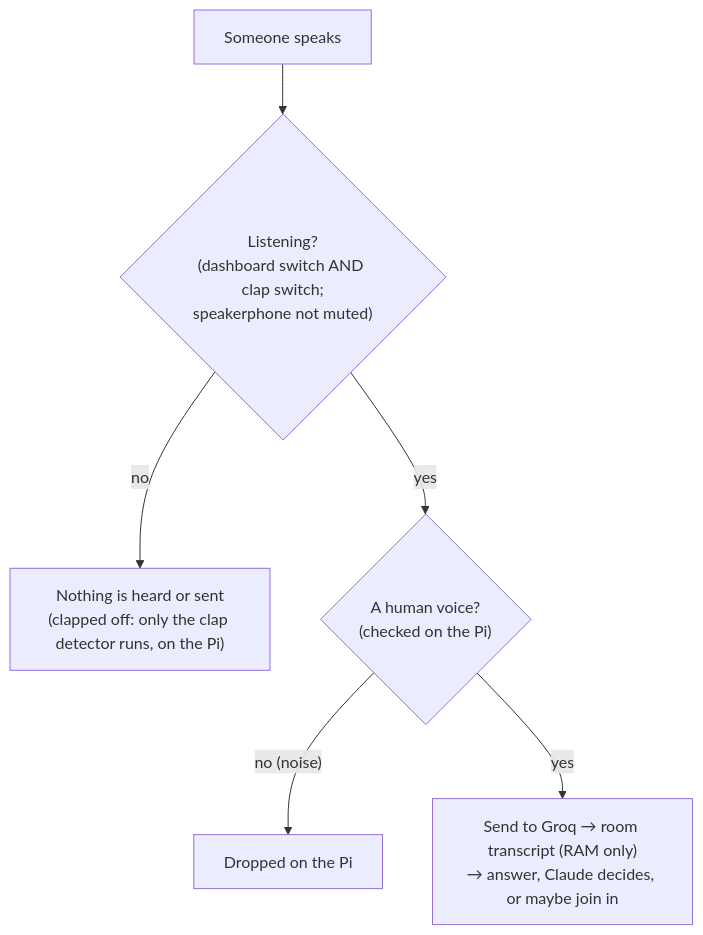
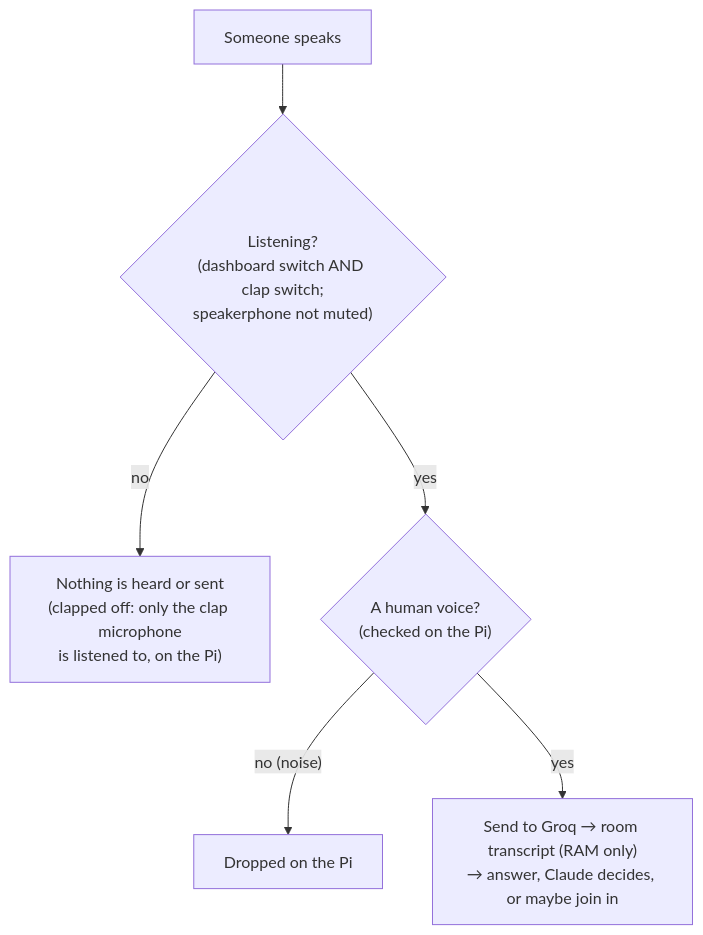
Before and after one commit to LandenHeine17/pip: the third of 4 diagrams in docs/ARCHITECTURE.md, drawn with Mermaid. The commit also changed other lines of this file and 22 other files, not shown here.

````diff
--- a/docs/ARCHITECTURE.md
+++ b/docs/ARCHITECTURE.md
@@ -116,8 +116,8 @@
 ```mermaid
 flowchart TD
     S["Someone speaks"] --> L{"Listening?<br/>(dashboard switch AND clap switch;<br/>speakerphone not muted)"}
-    L -- "no" --> DROP["Nothing is heard or sent<br/>(clapped off: only the clap detector runs, on the Pi)"]
+    L -- "no" --> DROP["Nothing is heard or sent<br/>(clapped off: only the clap microphone<br/>is listened to, on the Pi)"]
     L -- "yes" --> V{"A human voice?<br/>(checked on the Pi)"}
     V -- "no (noise)" --> DROP2["Dropped on the Pi"]
     V -- "yes" --> UP["Send to Groq → room transcript (RAM only)<br/>→ answer, Claude decides, or maybe join in"]
 ```
````
